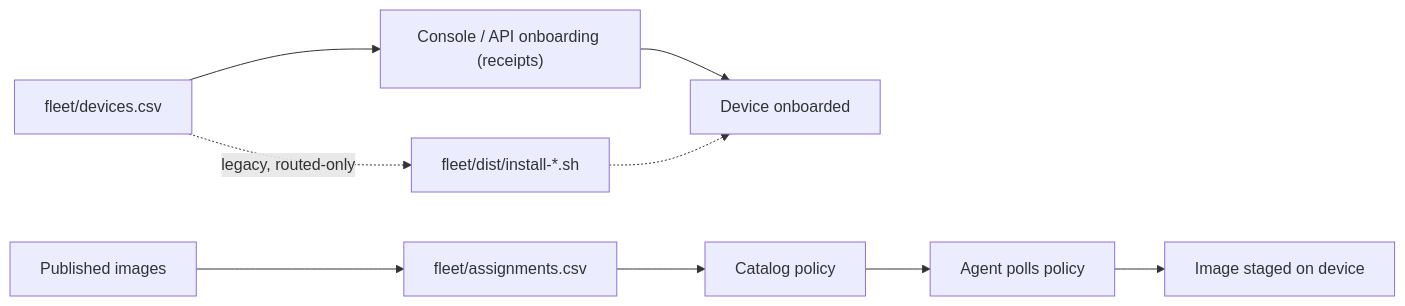
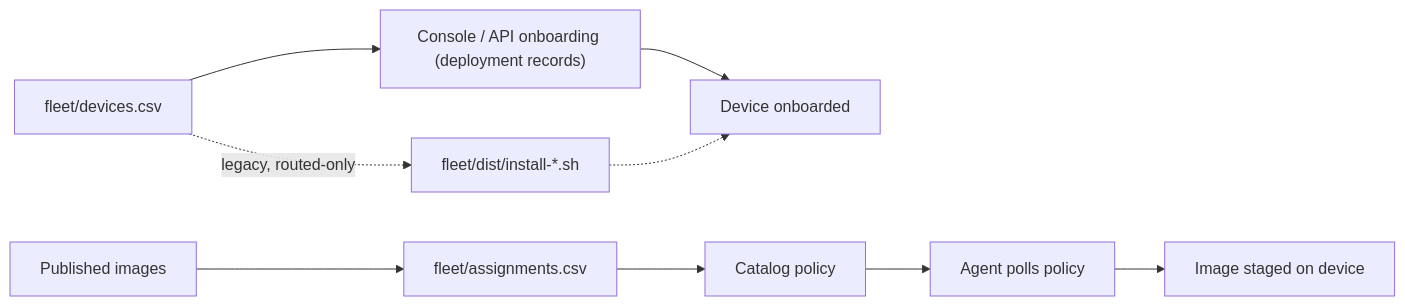
One commit to cisco-open/intelligent-release-image-staging changed the diagram in docs/zensical/fleet-workflows.md. Above: the diagram before and after it, drawn with Mermaid. The commit also changed other lines of this file and 23 other files, not shown here.

````diff
--- a/docs/zensical/fleet-workflows.md
+++ b/docs/zensical/fleet-workflows.md
@@ -137,11 +137,11 @@
 ```mermaid
 flowchart LR
-    Inventory["fleet/devices.csv"] --> Console["Console / API onboarding (receipts)"]
+    Inventory["fleet/devices.csv"] --> Console["Console / API onboarding (deployment records)"]
     Console --> Device["Device onboarded"]
     Inventory -. legacy, routed-only .-> Installers["fleet/dist/install-*.sh"]
     Installers -.-> Device
     Images["Published images"] --> Assignments["fleet/assignments.csv"]
     Assignments --> Policy["Catalog policy"]
     Policy --> Agent["Agent polls policy"]
     Agent --> Stage["Image staged on device"]
 ```
````
